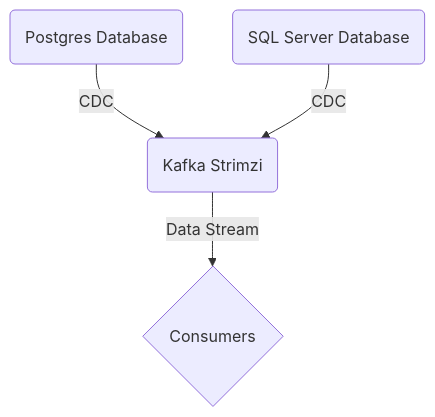
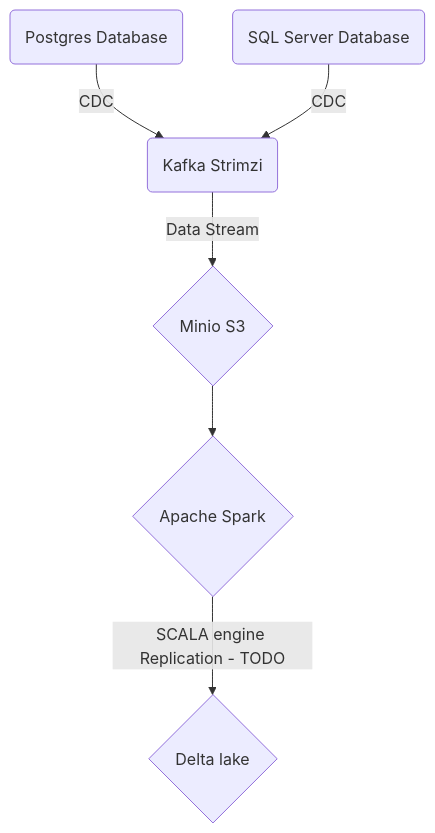
One commit to rogeriomm/labtools-k8s changed the diagram in README.md. Above: the diagram before and after it, drawn with Mermaid.

````diff
--- a/README.md
+++ b/README.md
@@ -15,11 +15,12 @@
 ```mermaid
 flowchart TD
     Postgres(Postgres Database) -->|CDC| Kafka(Kafka Strimzi)
     SQLServer(SQL Server Database) -->|CDC| Kafka
-    Kafka -->|Data Stream| Consumers{Consumers}
-
+    ConsumerMinio --> ConsumerSpark{Apache Spark}
+    Kafka -->|Data Stream| ConsumerMinio{Minio S3}
+    ConsumerSpark --> |SCALA engine Replication - TODO| ConsumerSpardk{Delta lake}
 
     class Postgres,SQLServer database;
     class Kafka kafka;
     class Consumers consumers;
 ```
````
